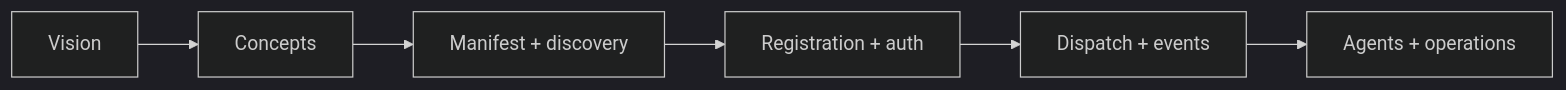
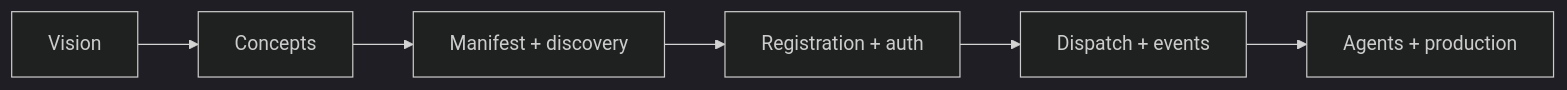
One commit to TheOpenSocial/openchat changed the diagram in docs/examples/protocol-sdk-index.md. Above: the diagram before and after it, drawn with Mermaid (dark theme). The commit also changed other lines of this file and 20 other files, not shown here.

````diff
--- a/docs/examples/protocol-sdk-index.md
+++ b/docs/examples/protocol-sdk-index.md
@@ -9,8 +9,8 @@
 ```mermaid
 flowchart LR
     A["Vision"] --> B["Concepts"]
     B --> C["Manifest + discovery"]
     C --> D["Registration + auth"]
     D --> E["Dispatch + events"]
-    E --> F["Agents + operations"]
+    E --> F["Agents + production"]
 ```
````
